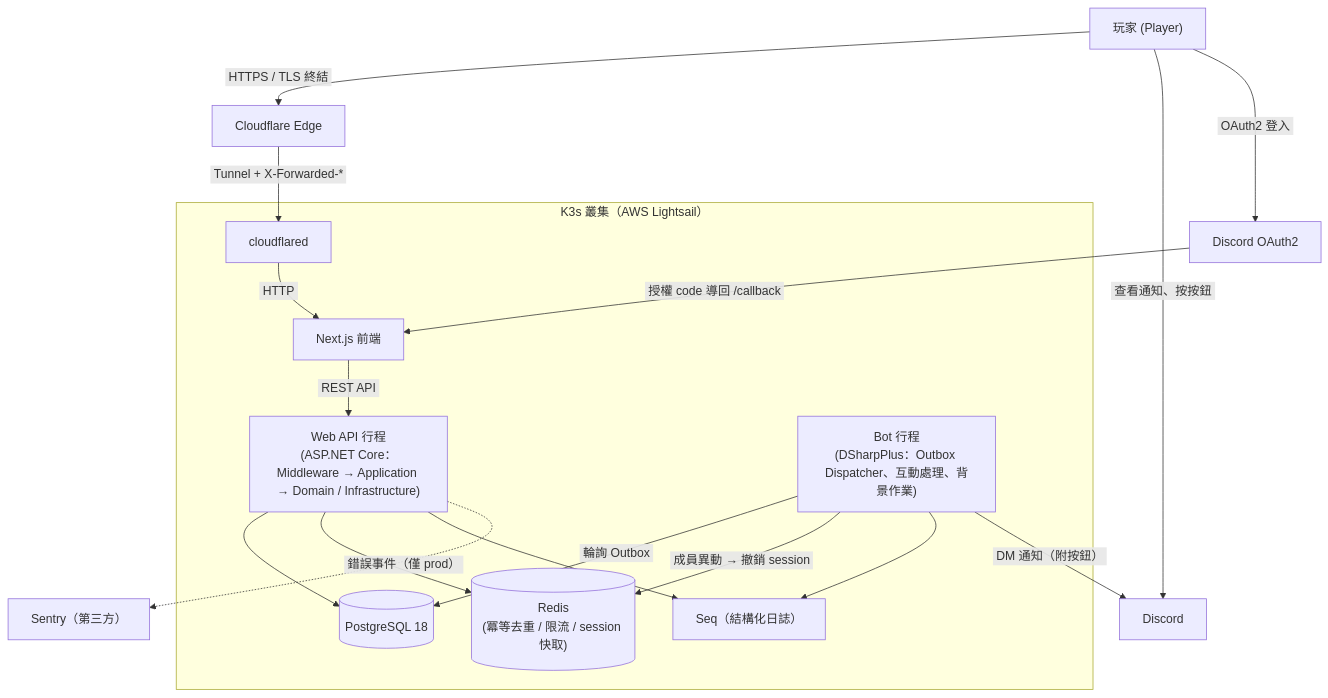
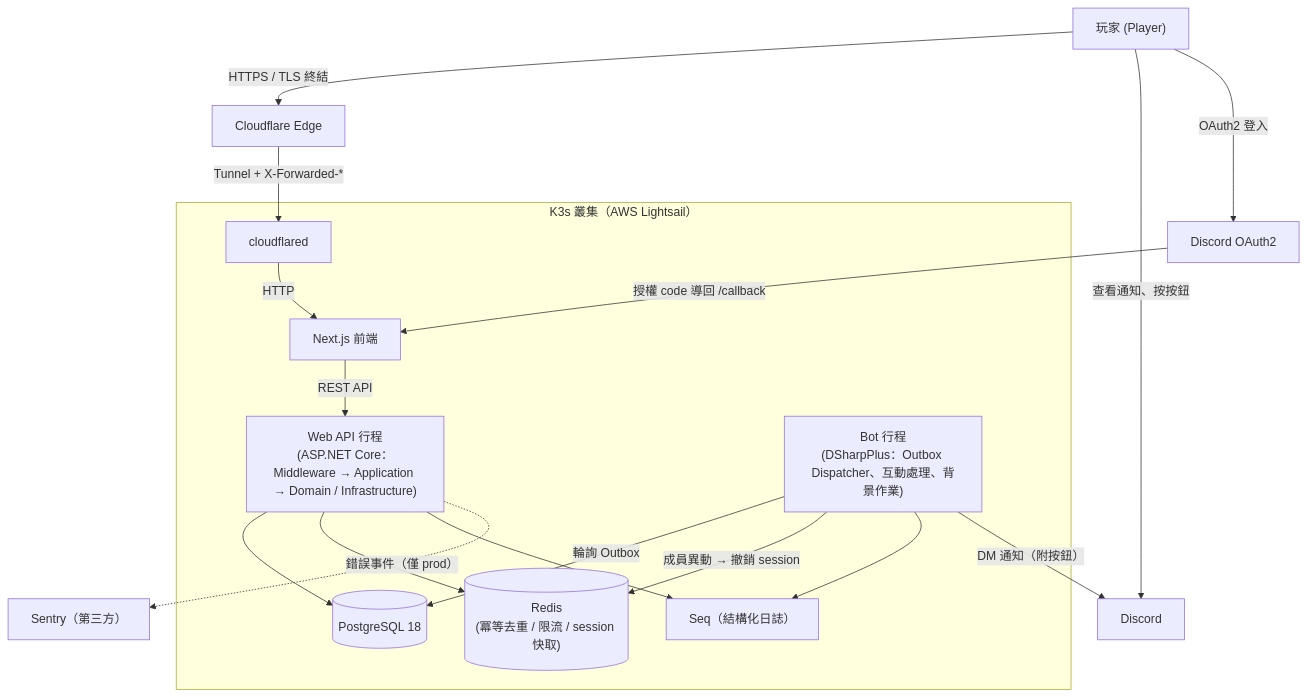
One commit to MinMiss5678/MapleStoryRaidScheduler changed the first of 11 diagrams in docs/architecture.md. Above: the diagram before and after it, drawn with Mermaid.

Commit message:
docs(architecture): 標籤留白改用全形空白，徹底避開 SVG 匯出的 nbsp 錯誤
#160; 雖然在 Mermaid 原始碼裡合法，但產生的不換行空白字元在官方編輯器以 HTML 方式序列化時
又會被寫回 &nbsp;，SVG（XML）仍無法解析。改用全形空白（U+3000）：HTML 序列化不會轉義、
也不會被摺疊，仍保有防止標籤被截斷的留白。已用瀏覽器實際執行 Mermaid 11 確認輸出不含 nbsp。

````diff
--- a/docs/architecture.md
+++ b/docs/architecture.md
@@ -13,25 +13,25 @@
 ```mermaid
 %%{init: {"themeVariables": {"fontFamily": "Microsoft JhengHei, Arial, sans-serif"}}}%%
 graph TD
-    User["玩家 (Player)"] -->|"#160;HTTPS / TLS 終結#160;"| Cloudflare["Cloudflare Edge"]
-    Cloudflare -->|"#160;Tunnel + X-Forwarded-*#160;"| Cloudflared["cloudflared"]
+    User["玩家 (Player)"] -->|"　HTTPS / TLS 終結　"| Cloudflare["Cloudflare Edge"]
+    Cloudflare -->|"　Tunnel + X-Forwarded-*　"| Cloudflared["cloudflared"]
 
     subgraph K3s["K3s 叢集（AWS Lightsail）"]
-        Cloudflared -->|"#160;HTTP#160;"| Frontend["Next.js 前端"]
-        Frontend -->|"#160;REST API#160;"| Backend["Web API 行程<br/>(ASP.NET Core：Middleware → Application → Domain / Infrastructure)"]
+        Cloudflared -->|"　HTTP　"| Frontend["Next.js 前端"]
+        Frontend -->|"　REST API　"| Backend["Web API 行程<br/>(ASP.NET Core：Middleware → Application → Domain / Infrastructure)"]
         Bot["Bot 行程<br/>(DSharpPlus：Outbox Dispatcher、互動處理、背景作業)"]
 
         Backend --> DB[("PostgreSQL 18")]
         Backend --> Redis[("Redis<br/>(冪等去重 / 限流 / session 快取)")]
-        Bot -->|"#160;輪詢 Outbox#160;"| DB
-        Bot -->|"#160;成員異動 → 撤銷 session#160;"| Redis
+        Bot -->|"　輪詢 Outbox　"| DB
+        Bot -->|"　成員異動 → 撤銷 session　"| Redis
         Backend --> Seq["Seq（結構化日誌）"]
         Bot --> Seq
     end
 
-    Bot -->|"#160;DM 通知（附按鈕）#160;"| Discord["Discord"]
-    User -->|"#160;查看通知、按按鈕#160;"| Discord
-    User -->|"#160;OAuth2 登入#160;"| DiscordOAuth["Discord OAuth2"]
-    DiscordOAuth -->|"#160;授權 code 導回 /callback#160;"| Frontend
-    Backend -.->|"#160;錯誤事件（僅 prod）#160;"| Sentry["Sentry（第三方）"]
+    Bot -->|"　DM 通知（附按鈕）　"| Discord["Discord"]
+    User -->|"　查看通知、按按鈕　"| Discord
+    User -->|"　OAuth2 登入　"| DiscordOAuth["Discord OAuth2"]
+    DiscordOAuth -->|"　授權 code 導回 /callback　"| Frontend
+    Backend -.->|"　錯誤事件（僅 prod）　"| Sentry["Sentry（第三方）"]
 ```
````
